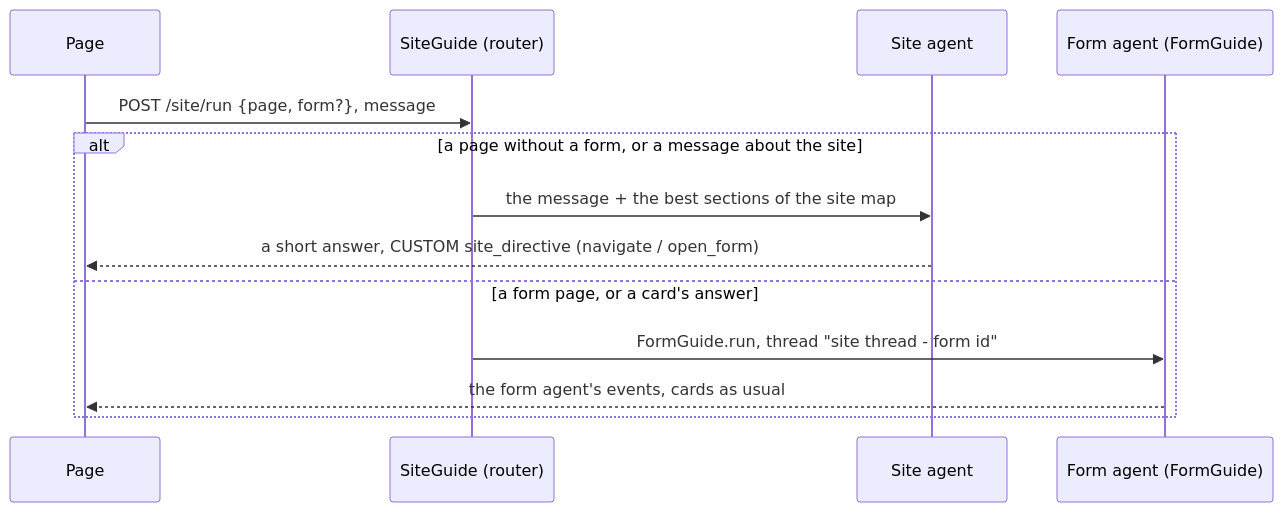
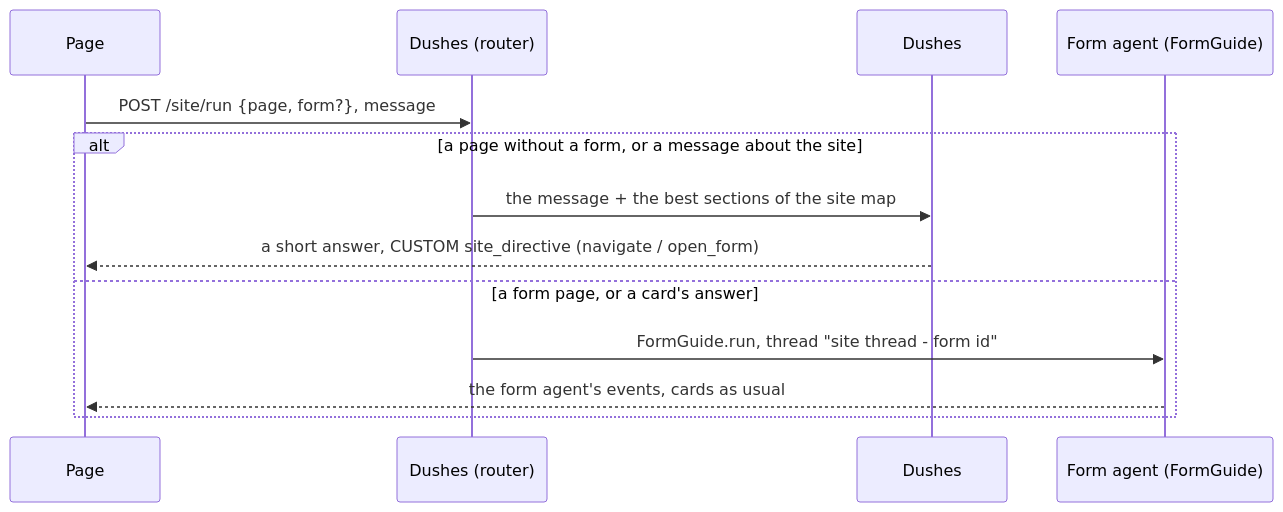
One commit to denvasylenko/dushes changed the second of 2 diagrams in site/src/content/docs/backend/dushes.mdx. Above: the diagram before and after it, drawn with Mermaid. The commit also changed other lines of this file and 34 other files, not shown here.

First line of the commit message:
Dushes: the site assistant is called Dushes everywhere

````diff
--- a/site/src/content/docs/backend/dushes.mdx
+++ b/site/src/content/docs/backend/dushes.mdx
@@ -90,15 +90,15 @@
 ```mermaid
 sequenceDiagram
   participant P as Page
-  participant R as SiteGuide (router)
-  participant S as Site agent
+  participant R as Dushes (router)
+  participant S as Dushes
   participant F as Form agent (FormGuide)
   P->>R: POST /site/run {page, form?}, message
   alt a page without a form, or a message about the site
     R->>S: the message + the best sections of the site map
     S-->>P: a short answer, CUSTOM site_directive (navigate / open_form)
   else a form page, or a card's answer
     R->>F: FormGuide.run, thread "site thread - form id"
     F-->>P: the form agent's events, cards as usual
   end
 ```
````
